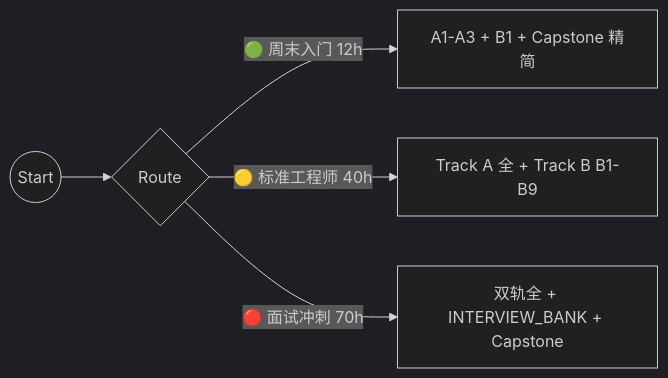
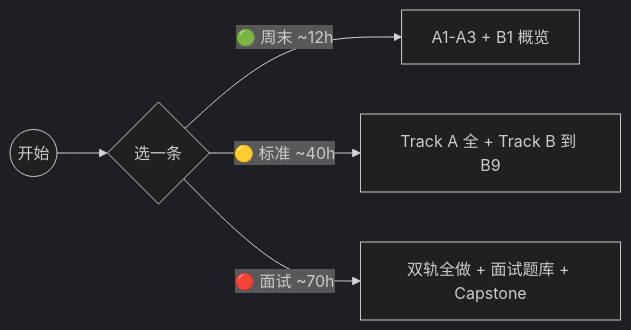
Before and after one commit to Thezx-a/LumenDB: the second of 2 diagrams in deepvector/course/README.md, drawn with Mermaid (dark theme). The commit also changed other lines of this file and 9 other files, not shown here.

````diff
--- a/deepvector/course/README.md
+++ b/deepvector/course/README.md
@@ -137,7 +138,7 @@
 ```mermaid
 graph LR
-    S((Start)) --> R{Route}
-    R -->|🟢 周末入门 12h| G[A1-A3 + B1 + Capstone 精简]
-    R -->|🟡 标准工程师 40h| Y[Track A 全 + Track B B1-B9]
-    R -->|🔴 面试冲刺 70h| D[双轨全 + INTERVIEW_BANK + Capstone]
+    S((开始)) --> R{选一条}
+    R -->|🟢 周末 ~12h| G[A1-A3 + B1 概览]
+    R -->|🟡 标准 ~40h| Y[Track A 全 + Track B 到 B9]
+    R -->|🔴 面试 ~70h| D[双轨全做 + 面试题库 + Capstone]
 ```
````
